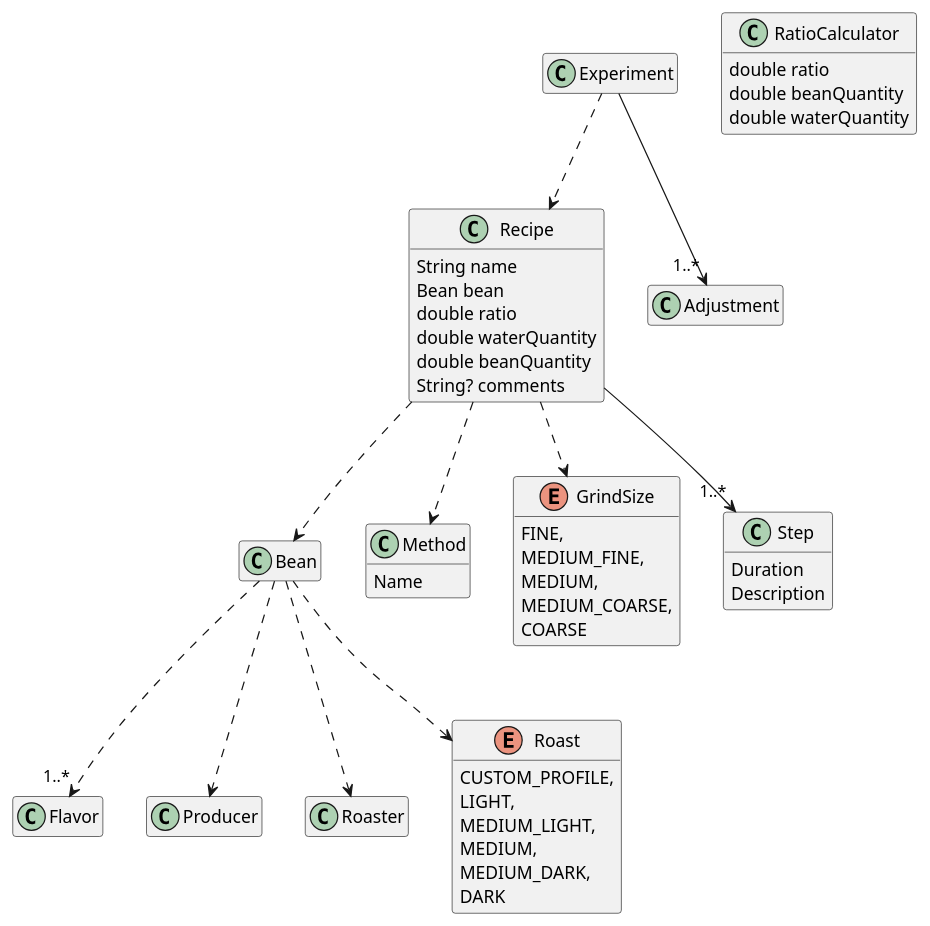
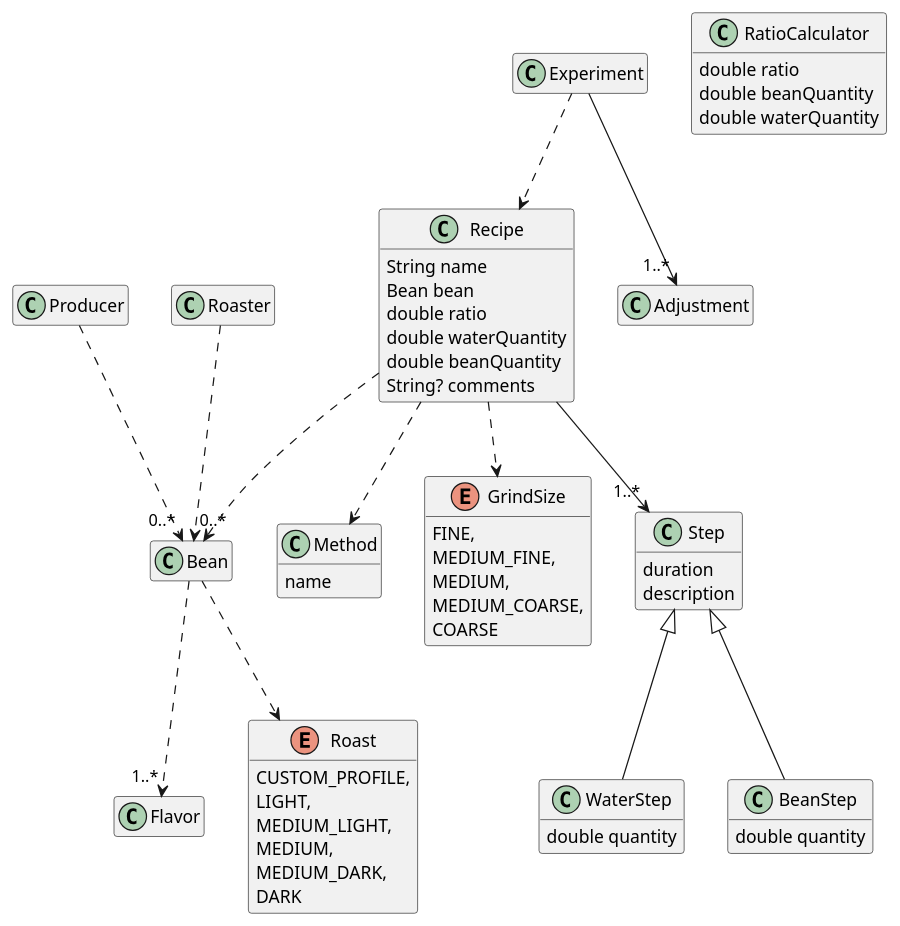
One commit to regmoraes/coffea changed the diagram in docs/domain_model.puml. Above: the diagram before and after it, drawn with PlantUML. The commit also changed 60 other files, not shown here.

```diff
--- a/docs/domain_model.puml
+++ b/docs/domain_model.puml
@@ -1,75 +1,83 @@
 @startuml
 hide empty methods
 hide empty fields
 
 class Bean
 
 class RatioCalculator {
     double ratio
     double beanQuantity
     double waterQuantity
 }
 
 class Flavor
 
 class Method {
-    Name
+    name
 }
 
 enum GrindSize {
     FINE,
     MEDIUM_FINE,
     MEDIUM,
     MEDIUM_COARSE,
     COARSE
 }
 
 class Producer
 
 class Roaster
 
 enum Roast {
     CUSTOM_PROFILE,
     LIGHT,
     MEDIUM_LIGHT,
     MEDIUM,
     MEDIUM_DARK,
     DARK
 }
 
 class Recipe {
    String name
    Bean bean
    double ratio
    double waterQuantity
    double beanQuantity
    String? comments
 }
 
 class Step {
-    Duration
-    Description
+    duration
+    description
+}
+
+class WaterStep extends Step {
+    double quantity
+}
+
+class BeanStep extends Step {
+    double quantity
 }
 
 class Experiment
 
 Bean ..> "1..*" Flavor
 
-Bean ..> Producer
+Producer ..> "0..*" Bean
 
 Bean ..> Roast
 
-Bean ..> Roaster
+Roaster ..> "0..*" Bean
 
 Experiment ..> Recipe
 
 Experiment --> "1..*" Adjustment
 
 Recipe ..> Bean
 
 Recipe ..> GrindSize
 
 Recipe ..> Method
 
 Recipe --> "1..*" Step
 @enduml
```
